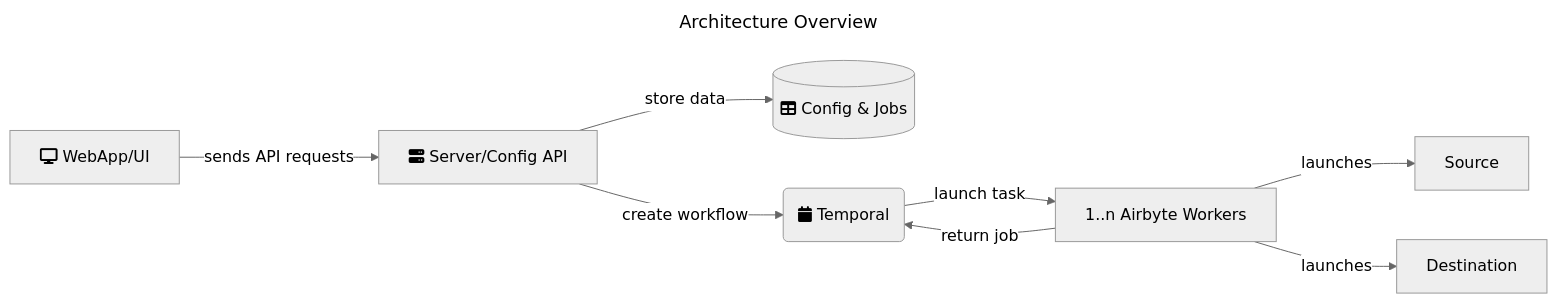
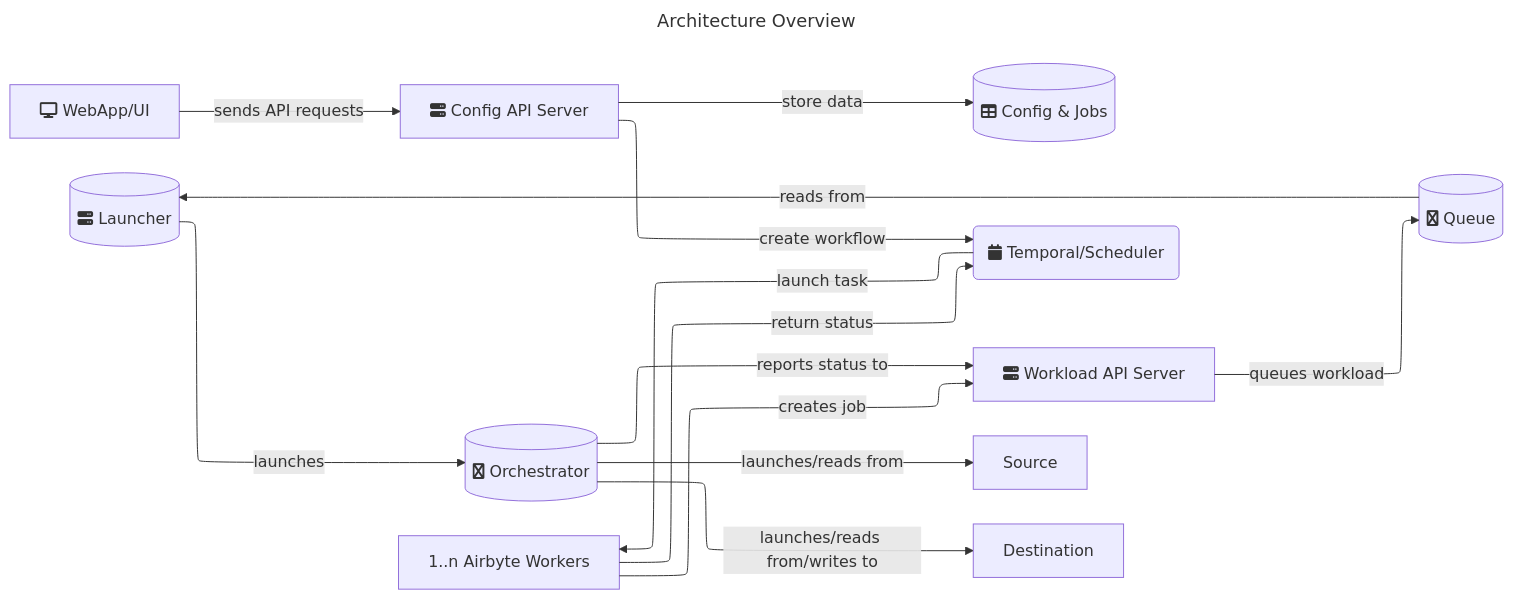
Before and after one commit to airbytehq/airbyte: the diagram in docs/understanding-airbyte/high-level-view.md, drawn with Mermaid. The commit also changed other lines of this file and 2 other files, not shown here.

Commit message:
docs: worker v2 public docs. (#42873)
Update docs to prep for Worker V2 OSS launch.

The main focus is a brief explanation of what/why/how of the feature. We have a blog post in the works I'm going to link to for more explaination once it's published.

- Remove old *_WORKER configs.
- Update the diagram to reflect the new flow. Viewing now is not great due to the rendering. Will likely follow up on a different diagram.
- Write Worker V2 explanation. Note that I left all the Docker pieces in place and tried to make things 'flow'. Will follow up here when we deprecate Docker officially.

````diff
--- a/docs/understanding-airbyte/high-level-view.md
+++ b/docs/understanding-airbyte/high-level-view.md
@@ -15,20 +15,29 @@
 ```mermaid
 ---
 title: Architecture Overview
-config:
-  theme: neutral
 ---
+%%{init: {"flowchart": {"defaultRenderer": "elk"}} }%%
 flowchart LR
     W[fa:fa-display WebApp/UI]
-    S[fa:fa-server Server/Config API]
+    S[fa:fa-server Config API Server]
     D[(fa:fa-table Config & Jobs)]
-    T(fa:fa-calendar Temporal)
+    L[(fa:fa-server Launcher)]
+    O[(fa:fa-superpowers Orchestrator)]
+    Q[(fa:fa-superpowers Queue)]
+    T(fa:fa-calendar Temporal/Scheduler)
     W2[1..n Airbyte Workers]
+    WL[fa:fa-server Workload API Server]
+    
     W -->|sends API requests| S
     S -->|store data| D
     S -->|create workflow| T
     T -->|launch task| W2
-    W2 -->|return job| T
-    W2 -->|launches| Source
-    W2 -->|launches| Destination
+    W2 -->|return status| T
+    W2 -->|creates job| WL
+    WL -->|queues workload| Q
+    Q  -->|reads from| L
+    L -->|launches| O
+    O -->|launches/reads from| Source
+    O -->|launches/reads from/writes to| Destination
+    O -->|reports status to| WL
 ```
````
